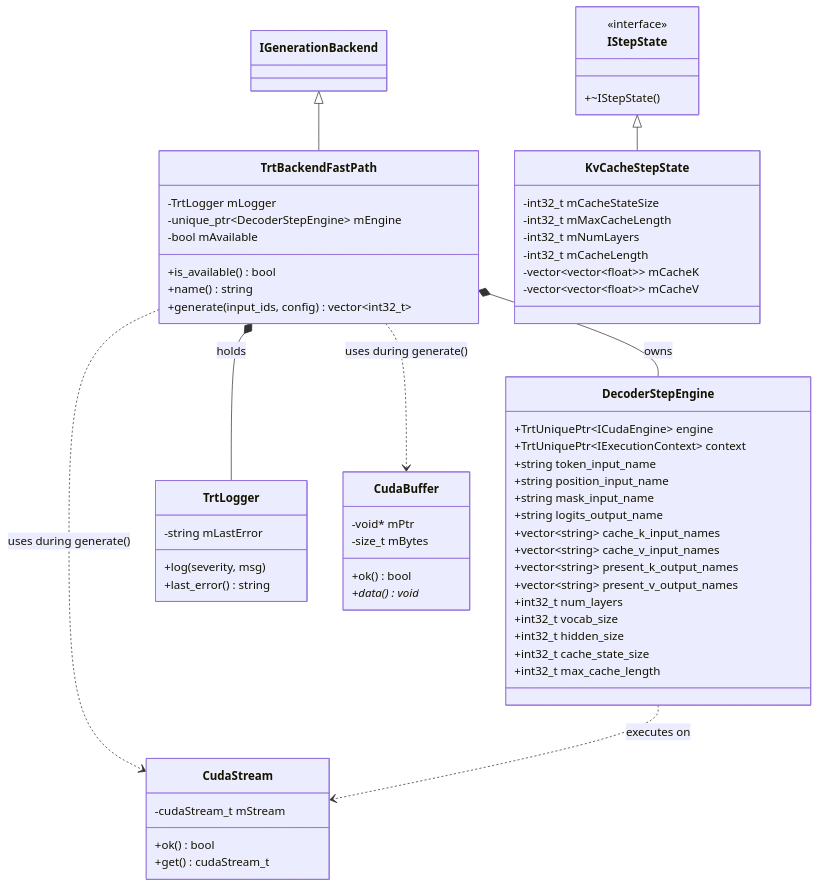
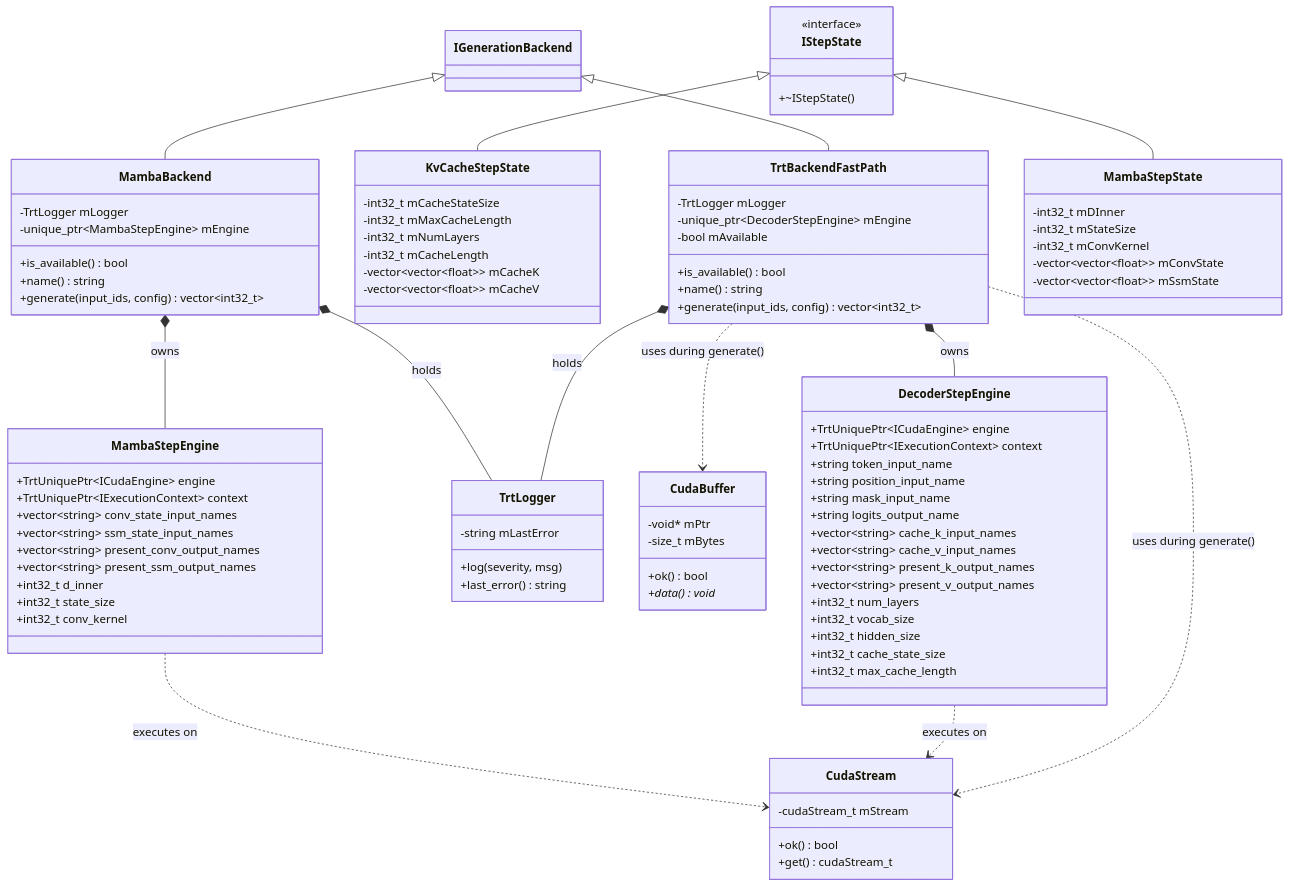
The second of 3 diagrams in docs/wiki/Static-Design.md (AbishekCoder1/TensorRT-Model-Connect), drawn with Mermaid before and after one commit. The commit also changed other lines of this file and 8 other files, not shown here.

````diff
--- a/docs/wiki/Static-Design.md
+++ b/docs/wiki/Static-Design.md
@@ -159,11 +158,44 @@
         +data() void*
     }
 
+    class MambaBackend {
+        -TrtLogger mLogger
+        -unique_ptr~MambaStepEngine~ mEngine
+        +is_available() bool
+        +name() string
+        +generate(input_ids, config) vector~int32_t~
+    }
+
+    class MambaStepEngine {
+        +TrtUniquePtr~ICudaEngine~ engine
+        +TrtUniquePtr~IExecutionContext~ context
+        +vector~string~ conv_state_input_names
+        +vector~string~ ssm_state_input_names
+        +vector~string~ present_conv_output_names
+        +vector~string~ present_ssm_output_names
+        +int32_t d_inner
+        +int32_t state_size
+        +int32_t conv_kernel
+    }
+
+    class MambaStepState {
+        -int32_t mDInner
+        -int32_t mStateSize
+        -int32_t mConvKernel
+        -vector~vector~float~~ mConvState
+        -vector~vector~float~~ mSsmState
+    }
+
     IGenerationBackend <|-- TrtBackendFastPath
+    IGenerationBackend <|-- MambaBackend
     TrtBackendFastPath *-- DecoderStepEngine : owns
     TrtBackendFastPath *-- TrtLogger : holds
     TrtBackendFastPath ..> CudaStream : uses during generate()
     TrtBackendFastPath ..> CudaBuffer : uses during generate()
+    MambaBackend *-- MambaStepEngine : owns
+    MambaBackend *-- TrtLogger : holds
     IStepState <|-- KvCacheStepState
+    IStepState <|-- MambaStepState
     DecoderStepEngine ..> CudaStream : executes on
+    MambaStepEngine ..> CudaStream : executes on
 ```
````
